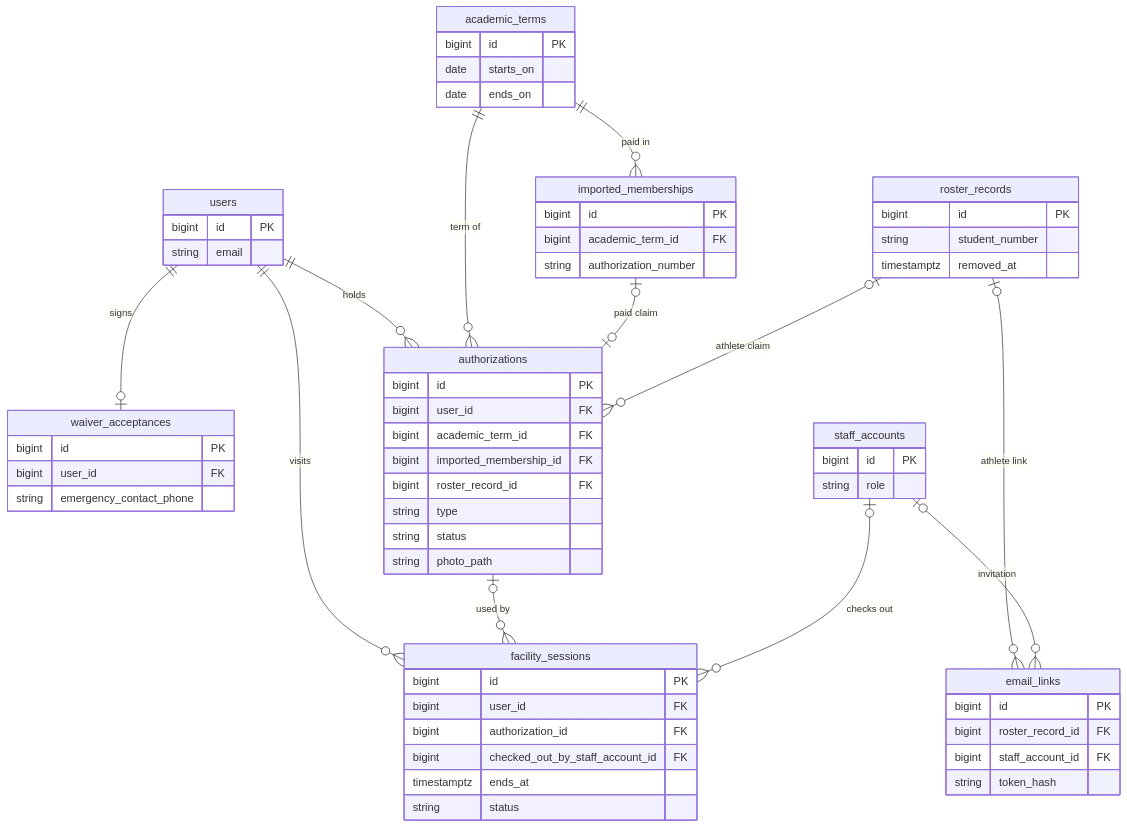
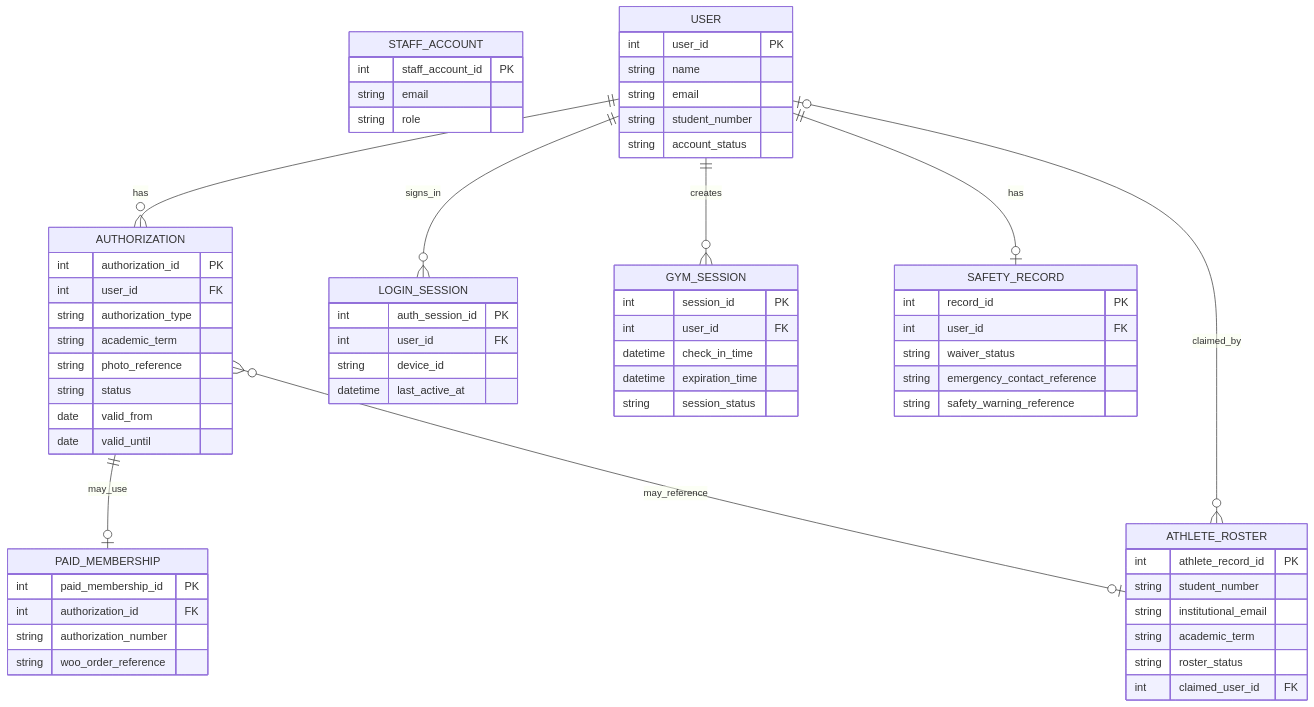
One commit to Th3-Minorities/natatorio-gym-app changed the diagram in docs/progress_report/diagrams/05_data_model.mmd. Above: the diagram before and after it, drawn with Mermaid. The commit also changed 11 other files, not shown here.

Commit message:
Return the design diagrams to the proposal's versions with only design changes applied: one number field, waiver and contact, academic terms, 2-hour sessions and separate staff accounts

```diff
--- a/docs/progress_report/diagrams/05_data_model.mmd
+++ b/docs/progress_report/diagrams/05_data_model.mmd
@@ -1,72 +1,73 @@
 ---
 config:
+  themeCSS: ".edgeLabel, .edgeLabel * { font-size: 26px !important; white-space: nowrap !important; } foreignObject { overflow: visible !important; }"
   er:
     fontSize: 20
     entityPadding: 10
     minEntityWidth: 80
 ---
 erDiagram
-  users {
-    bigint id PK
+  STAFF_ACCOUNT {
+    int staff_account_id PK
     string email
-  }
-  waiver_acceptances {
-    bigint id PK
-    bigint user_id FK
-    string emergency_contact_phone
-  }
-  academic_terms {
-    bigint id PK
-    date starts_on
-    date ends_on
-  }
-  imported_memberships {
-    bigint id PK
-    bigint academic_term_id FK
-    string authorization_number
-  }
-  roster_records {
-    bigint id PK
-    string student_number
-    timestamptz removed_at
-  }
-  authorizations {
-    bigint id PK
-    bigint user_id FK
-    bigint academic_term_id FK
-    bigint imported_membership_id FK
-    bigint roster_record_id FK
-    string type
-    string status
-    string photo_path
-  }
-  facility_sessions {
-    bigint id PK
-    bigint user_id FK
-    bigint authorization_id FK
-    bigint checked_out_by_staff_account_id FK
-    timestamptz ends_at
-    string status
-  }
-  email_links {
-    bigint id PK
-    bigint roster_record_id FK
-    bigint staff_account_id FK
-    string token_hash
-  }
-  staff_accounts {
-    bigint id PK
     string role
   }
+  USER ||--o{ AUTHORIZATION : has
+  USER ||--o{ LOGIN_SESSION : signs_in
+  USER ||--o{ GYM_SESSION : creates
+  USER ||--o| SAFETY_RECORD : has
+  USER |o--o{ ATHLETE_ROSTER : claimed_by
+  AUTHORIZATION ||--o| PAID_MEMBERSHIP : may_use
+  AUTHORIZATION }o--o| ATHLETE_ROSTER : may_reference
 
-  users ||--o| waiver_acceptances : signs
-  users ||--o{ authorizations : holds
-  academic_terms ||--o{ authorizations : "term of"
-  academic_terms ||--o{ imported_memberships : "paid in"
-  imported_memberships |o--o| authorizations : "paid claim"
-  roster_records |o--o{ authorizations : "athlete claim"
-  roster_records |o--o{ email_links : "athlete link"
-  users ||--o{ facility_sessions : visits
-  authorizations |o--o{ facility_sessions : "used by"
-  staff_accounts |o--o{ facility_sessions : "checks out"
-  staff_accounts |o--o{ email_links : invitation
+  USER {
+    int user_id PK
+    string name
+    string email
+    string student_number
+    string account_status
+  }
+  AUTHORIZATION {
+    int authorization_id PK
+    int user_id FK
+    string authorization_type
+    string academic_term
+    string photo_reference
+    string status
+    date valid_from
+    date valid_until
+  }
+  LOGIN_SESSION {
+    int auth_session_id PK
+    int user_id FK
+    string device_id
+    datetime last_active_at
+  }
+  GYM_SESSION {
+    int session_id PK
+    int user_id FK
+    datetime check_in_time
+    datetime expiration_time
+    string session_status
+  }
+  SAFETY_RECORD {
+    int record_id PK
+    int user_id FK
+    string waiver_status
+    string emergency_contact_reference
+    string safety_warning_reference
+  }
+  PAID_MEMBERSHIP {
+    int paid_membership_id PK
+    int authorization_id FK
+    string authorization_number
+    string woo_order_reference
+  }
+  ATHLETE_ROSTER {
+    int athlete_record_id PK
+    string student_number
+    string institutional_email
+    string academic_term
+    string roster_status
+    int claimed_user_id FK
+  }
```
